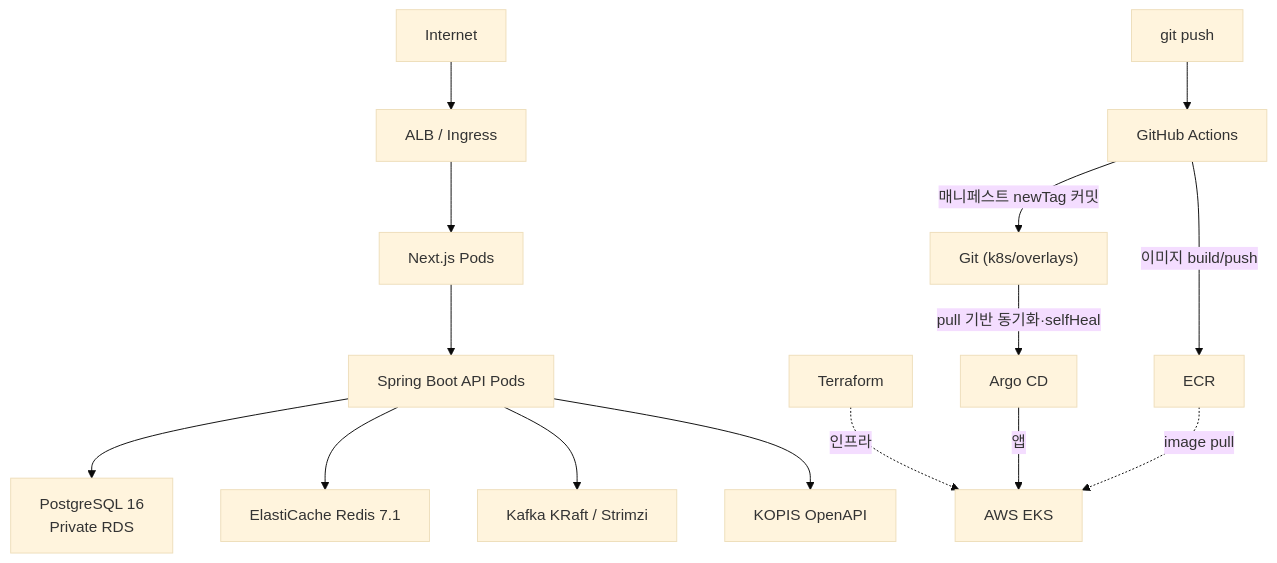
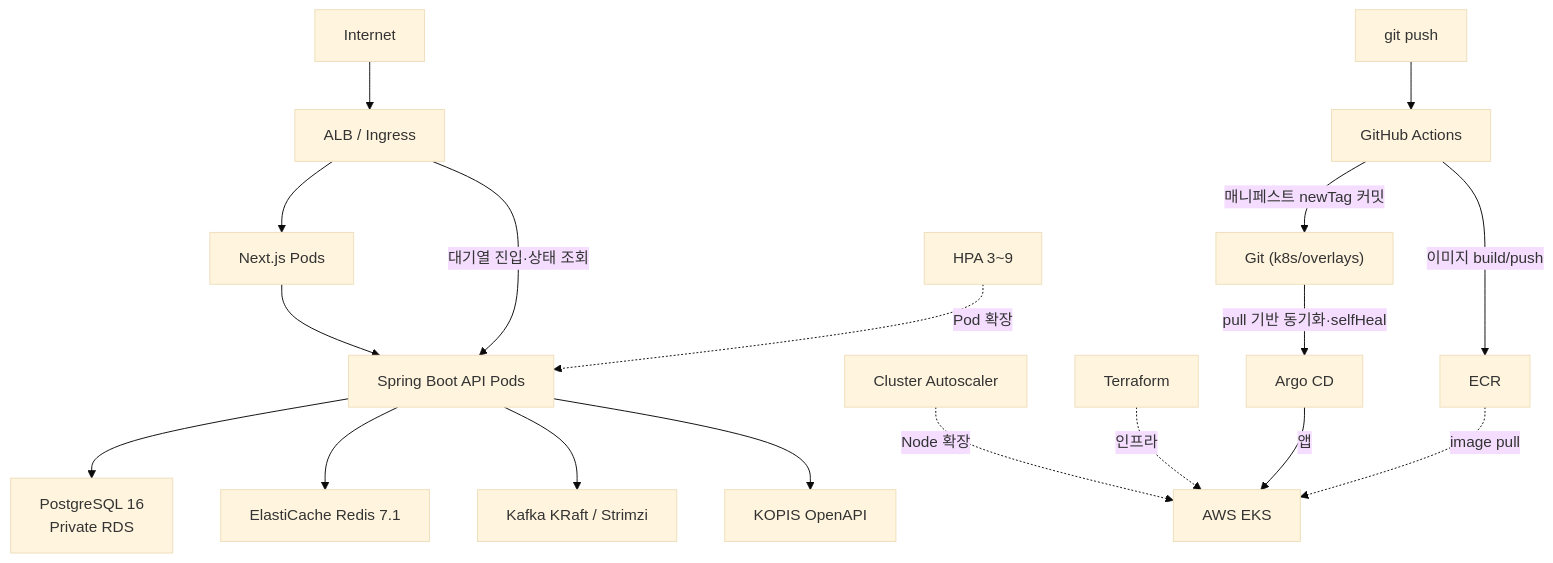
One commit to gumwoo/first_come-first_served changed the second of 3 diagrams in README.md. Above: the diagram before and after it, drawn with Mermaid (base theme). The commit also changed other lines of this file and 1 other file, not shown here.

Commit message:
docs(readme): 최종 정리 — 왜 만들었나·검증 결과 추가, 대기열 폴링·ALB 직행 경로·자동 확장 반영, 낡은 용량 문단 삭제, 포트폴리오 PDF 제거

````diff
--- a/README.md
+++ b/README.md
@@ -69,20 +88,23 @@
 ```mermaid
 flowchart TB
     Internet["Internet"] --> ALB["ALB / Ingress"]
     ALB --> Web["Next.js Pods"]
     Web --> API["Spring Boot API Pods"]
+    ALB -->|"대기열 진입·상태 조회"| API
+    HPA["HPA 3~9"] -. Pod 확장 .-> API
+    CA["Cluster Autoscaler"] -. Node 확장 .-> EKS
 
     API --> RDS["PostgreSQL 16\nPrivate RDS"]
     API --> Redis["ElastiCache Redis 7.1"]
     API --> Kafka["Kafka KRaft / Strimzi"]
     API --> KOPIS["KOPIS OpenAPI"]
 
     Terraform["Terraform"] -. 인프라 .-> EKS["AWS EKS"]
 
     Dev["git push"] --> CI["GitHub Actions"]
     CI -->|이미지 build/push| ECR["ECR"]
     CI -->|매니페스트 newTag 커밋| Git["Git (k8s/overlays)"]
     Git -->|pull 기반 동기화·selfHeal| Argo["Argo CD"]
     Argo -->|앱| EKS
     ECR -. image pull .-> EKS
 ```
````
